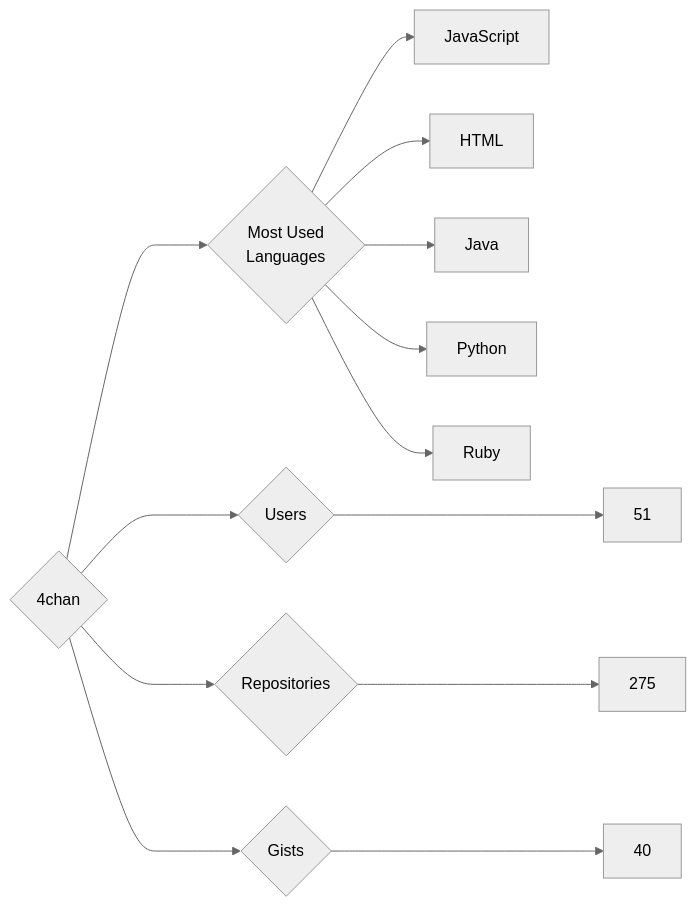
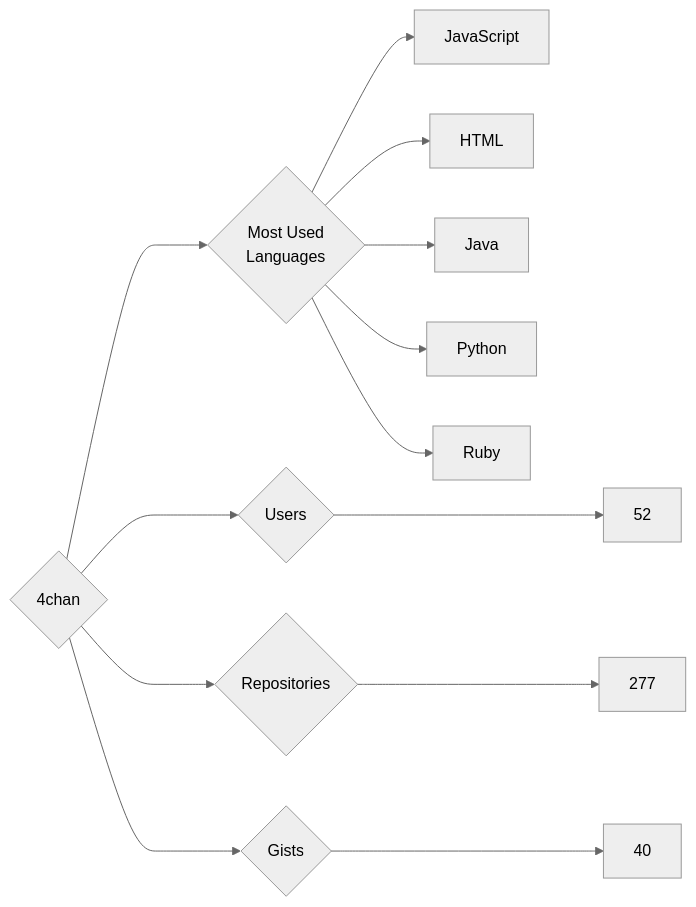
One commit to trickest/insiders changed the diagram in targets/4chan/README.md. Above: the diagram before and after it, drawn with Mermaid (neutral theme). The commit also changed 1238 other files, not shown here.

````diff
--- a/targets/4chan/README.md
+++ b/targets/4chan/README.md
@@ -3,13 +3,13 @@
 ```mermaid
 graph LR
 COMPANY_NAME{4chan}
-COMPANY_NAME ---> U{Users} ---> UN[51]
-COMPANY_NAME ---> R{Repositories} ---> RN[275]
+COMPANY_NAME ---> U{Users} ---> UN[52]
+COMPANY_NAME ---> R{Repositories} ---> RN[277]
 COMPANY_NAME ---> G{Gists} ---> GN[40]
 COMPANY_NAME ---> ML{Most Used<br>Languages}
 ML --> JavaScript[JavaScript]
 ML --> HTML[HTML]
 ML --> Java[Java]
 ML --> Python[Python]
 ML --> Ruby[Ruby]
 ```
````
